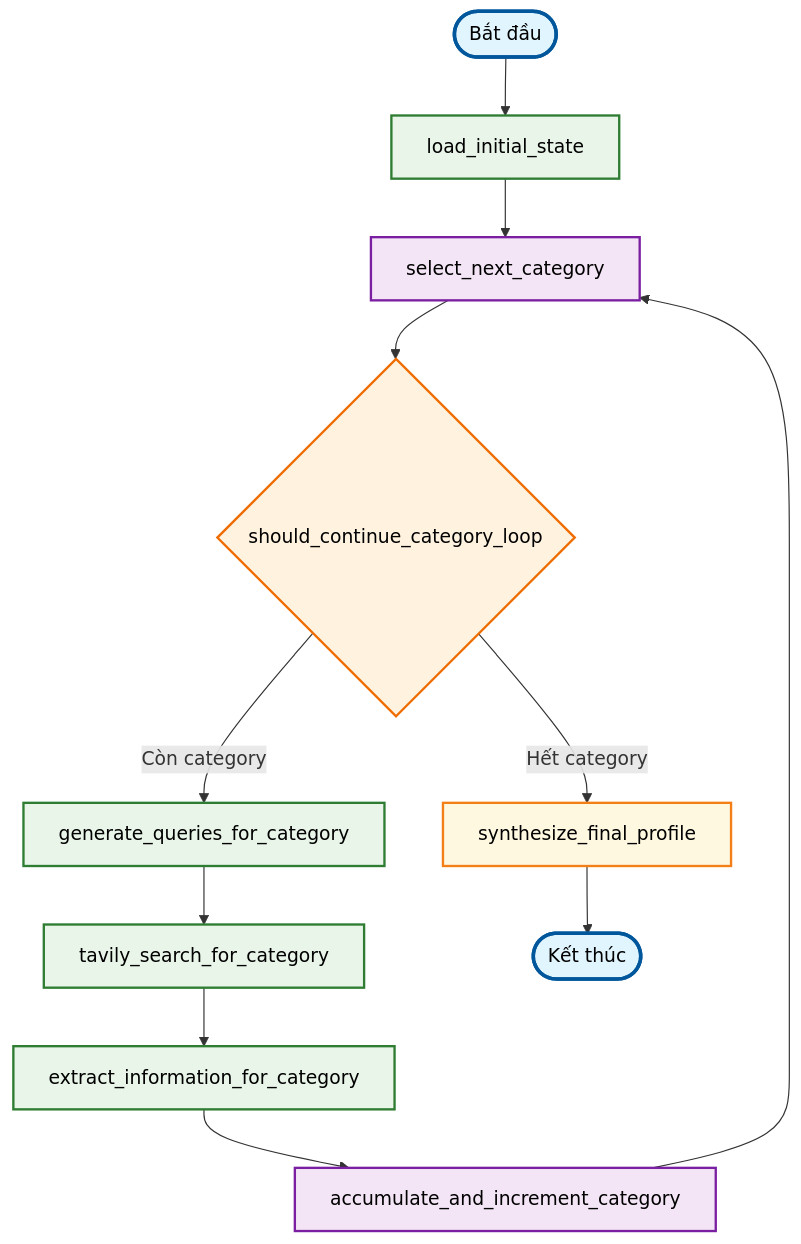
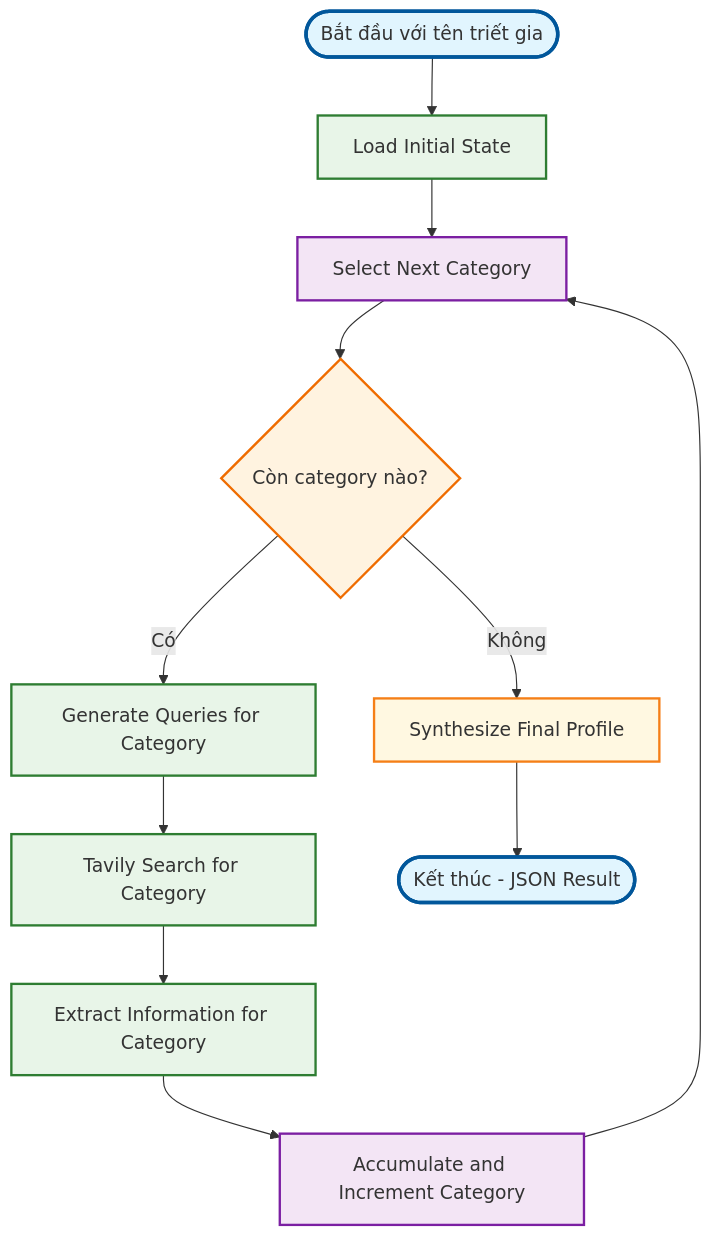
One commit to ThanhLOL123/talkWithPhilosopher changed the first of 2 diagrams in README.md. Above: the diagram before and after it, drawn with Mermaid. The commit also changed other lines of this file and 38 other files, not shown here.

````diff
--- a/README.md
+++ b/README.md
@@ -94,30 +215,30 @@
 ```mermaid
 flowchart TD
-    START([Bắt đầu]) --> A[load_initial_state]
-    A --> B[select_next_category]
+    START([Bắt đầu với tên triết gia]) --> A[Load Initial State]
+    A --> B[Select Next Category]
     
-    B --> C{should_continue_category_loop}
+    B --> C{Còn category nào?}
     
-    C -->|Còn category| D[generate_queries_for_category]
-    C -->|Hết category| H[synthesize_final_profile]
+    C -->|Có| D[Generate Queries for Category]
+    C -->|Không| H[Synthesize Final Profile]
     
-    D --> E[tavily_search_for_category]
-    E --> F[extract_information_for_category]
-    F --> G[accumulate_and_increment_category]
+    D --> E[Tavily Search for Category]
+    E --> F[Extract Information for Category]
+    F --> G[Accumulate and Increment Category]
     G --> B
     
-    H --> END([Kết thúc])
+    H --> END([Kết thúc - JSON Result])
     
     %% Styling
-    classDef startEnd fill:#e1f5fe,stroke:#01579b,stroke-width:3px,color:#000
-    classDef process fill:#e8f5e8,stroke:#2e7d32,stroke-width:2px,color:#000
-    classDef decision fill:#fff3e0,stroke:#ef6c00,stroke-width:2px,color:#000
-    classDef loop fill:#f3e5f5,stroke:#7b1fa2,stroke-width:2px,color:#000
-    classDef synthesis fill:#fff8e1,stroke:#f57f17,stroke-width:2px,color:#000
+    classDef startEnd fill:#e1f5fe,stroke:#01579b,stroke-width:3px
+    classDef process fill:#e8f5e8,stroke:#2e7d32,stroke-width:2px
+    classDef decision fill:#fff3e0,stroke:#ef6c00,stroke-width:2px
+    classDef loop fill:#f3e5f5,stroke:#7b1fa2,stroke-width:2px
+    classDef synthesis fill:#fff8e1,stroke:#f57f17,stroke-width:2px
     
     class START,END startEnd
     class A,D,E,F process
     class C decision
     class B,G loop
     class H synthesis
 ```
````
